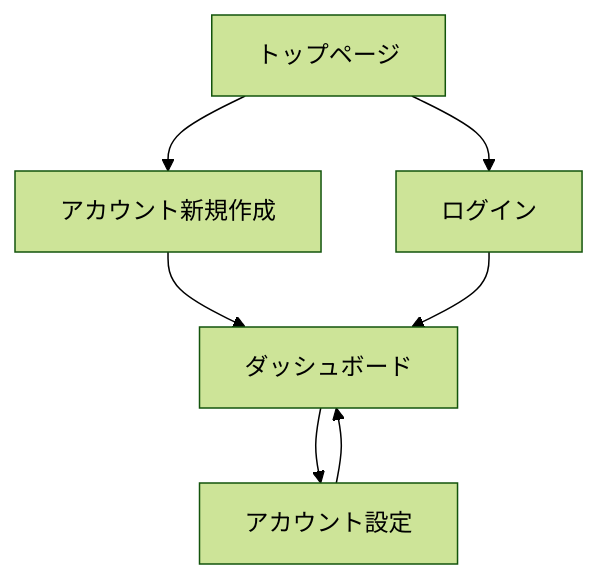
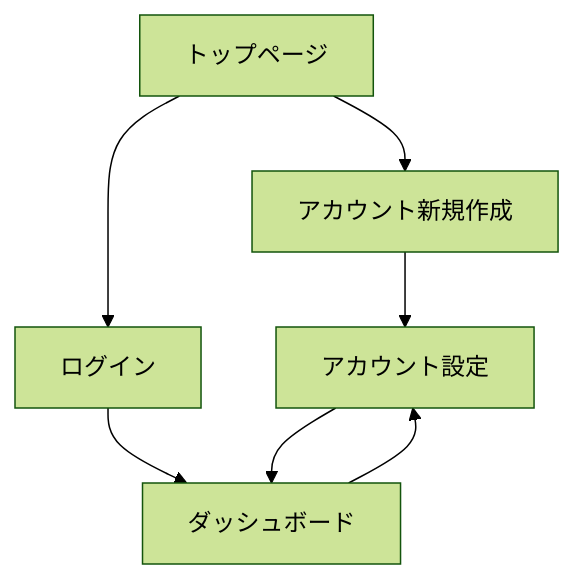
Before and after one commit to shimizu-tkmt/DcScrapingPlatform: the diagram in Doc/画面設計書.md, drawn with Mermaid (forest theme).

Commit message:
doc/#28: 画面設計書の画面遷移図を更新（日本語化と遷移フローの修正）

````diff
--- a/Doc/画面設計書.md
+++ b/Doc/画面設計書.md
@@ -100,9 +100,9 @@
 ```mermaid
 graph TD
-    Top[トップページ] --> Register[アカウント新規作成]
-    Top --> Login[ログイン]
-    Register --> Dashboard[ダッシュボード]
-    Login --> Dashboard
-    Dashboard --> Settings[アカウント設定]
-    Settings --> Dashboard
+    トップページ[トップページ] --> アカウント新規作成[アカウント新規作成]
+    トップページ[トップページ] --> ログイン[ログイン]
+    アカウント新規作成[アカウント新規作成] --> アカウント設定[アカウント設定]
+    ログイン[ログイン] --> ダッシュボード[ダッシュボード]
+    ダッシュボード[ダッシュボード] --> アカウント設定[アカウント設定]
+    アカウント設定[アカウント設定] --> ダッシュボード[ダッシュボード]
 ```
````
